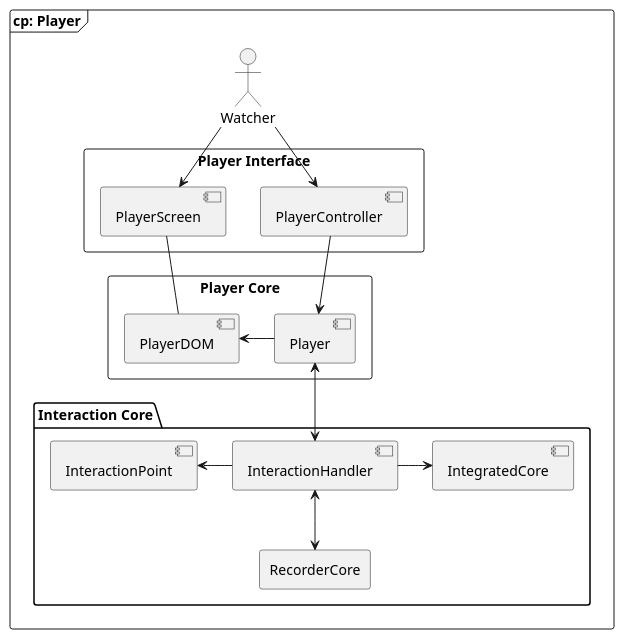
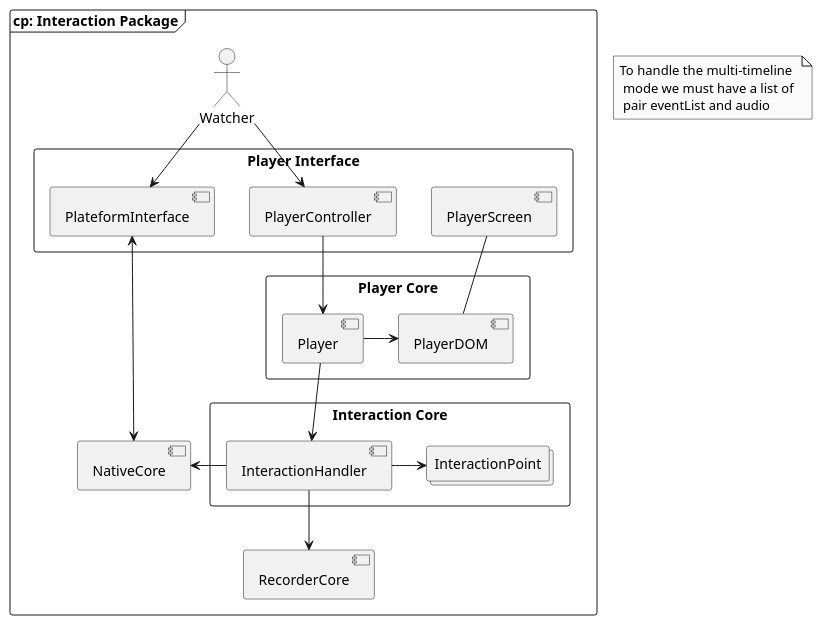
One commit to SSMM0498/arkad-conception changed the diagram in models/6.Component/5.interaction.puml. Above: the diagram before and after it, drawn with PlantUML. The commit also changed 3 other files, not shown here.

```diff
--- a/models/6.Component/5.interaction.puml
+++ b/models/6.Component/5.interaction.puml
@@ -1,31 +1,34 @@
-@startuml "interaction package component diagram"
+@startuml "Interaction Package Component Diagram"
 skinparam shadowing false
 skinparam monochrome true
-frame "cp: Player" {
+
+frame "cp: Interaction Package" {
     actor "Watcher" as W
 
+    rectangle "Interaction Core" {
+        collections InteractionPoint
+        [InteractionHandler] -right-> InteractionPoint
+    }
 
-    package "Interaction Core" {
-        rectangle RecorderCore
-        [InteractionHandler] <-down-> RecorderCore
-        [InteractionHandler] -left-> [InteractionPoint]
-        [InteractionHandler] -right-> [IntegratedCore]
+    [InteractionHandler] -down-> [RecorderCore]
+    [InteractionHandler] -left-> [NativeCore]
+
+    rectangle "Player Core" {
+        [Player] -right-> [PlayerDOM]
     }
-    
-    rectangle "Player Core" {
-        [Player] -left-> [PlayerDOM]
-    }
-    
 
     rectangle "Player Interface" {
+       [PlayerController]
        [PlayerScreen]
-       [PlayerController]
+       [PlateformInterface]
     }
 
-    [InteractionHandler] <-up-> [Player]
+    [InteractionHandler] <-up- [Player]
     [PlayerScreen] -down- [PlayerDOM]
+    [NativeCore] <-up-> [PlateformInterface]
     [PlayerController] -down-> [Player]
-    W -down-> [PlayerScreen]
     W -down-> [PlayerController]
+    W --> [PlateformInterface]
 }
+note "To handle the multi-timeline \n mode we must have a list of \n pair eventList and audio" as n1
 @enduml
```
